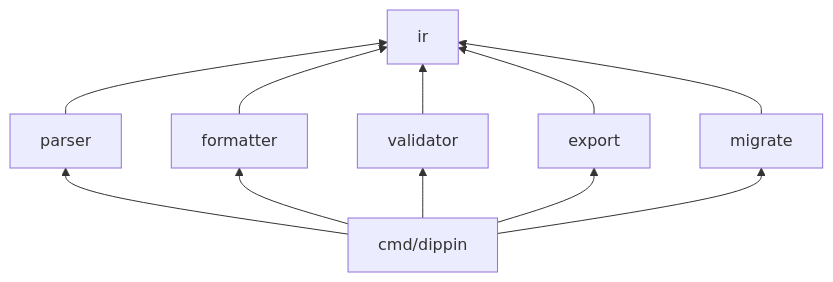
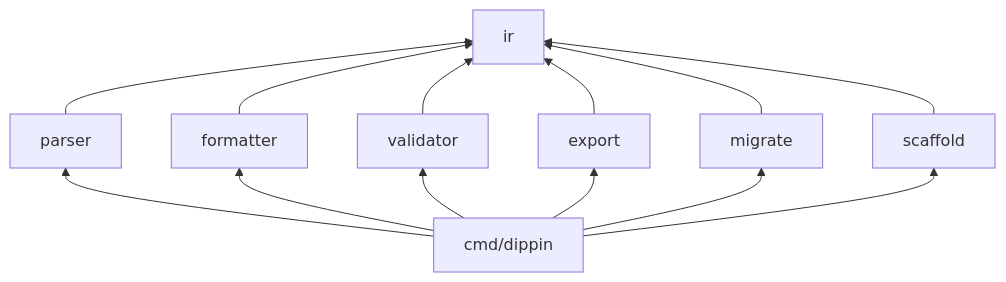
One commit to michellepellon/dippin-lang changed the second of 2 diagrams in docs/architecture.md. Above: the diagram before and after it, drawn with Mermaid. The commit also changed other lines of this file and 26 other files, not shown here.

````diff
--- a/docs/architecture.md
+++ b/docs/architecture.md
@@ -67,14 +70,16 @@
 ```mermaid
 graph BT
     ir["ir"]
     parser["parser"] --> ir
     formatter["formatter"] --> ir
     validator["validator"] --> ir
     export["export"] --> ir
     migrate["migrate"] --> ir
+    scaffold["scaffold"] --> ir
     cmd["cmd/dippin"] --> parser
     cmd --> formatter
     cmd --> validator
     cmd --> export
     cmd --> migrate
+    cmd --> scaffold
 ```
````
